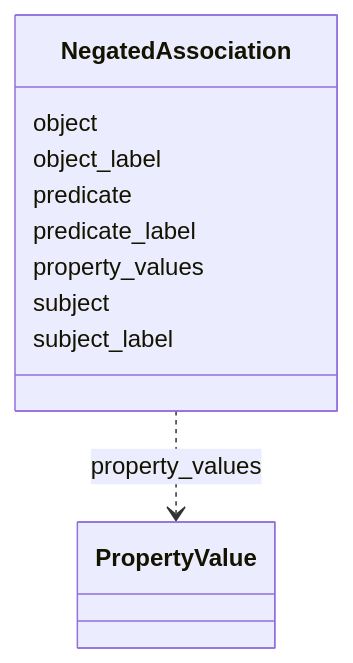
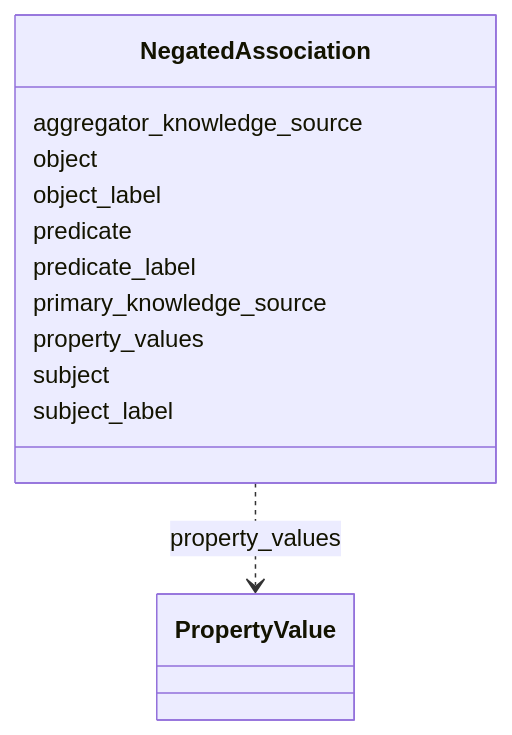
One commit to INCATools/ontology-access-kit changed the diagram in association/NegatedAssociation.md. Above: the diagram before and after it, drawn with Mermaid. The commit also changed other lines of this file and 57 other files, not shown here.

````diff
--- a/association/NegatedAssociation.md
+++ b/association/NegatedAssociation.md
@@ -11,21 +11,25 @@
 ```{mermaid}
  classDiagram
     class NegatedAssociation
+      NegatedAssociation : aggregator_knowledge_source
+        
       NegatedAssociation : object
         
       NegatedAssociation : object_label
         
       NegatedAssociation : predicate
         
       NegatedAssociation : predicate_label
+        
+      NegatedAssociation : primary_knowledge_source
         
       NegatedAssociation : property_values
         
           NegatedAssociation ..> PropertyValue : property_values
         
       NegatedAssociation : subject
         
       NegatedAssociation : subject_label
         
       
 ```
````
